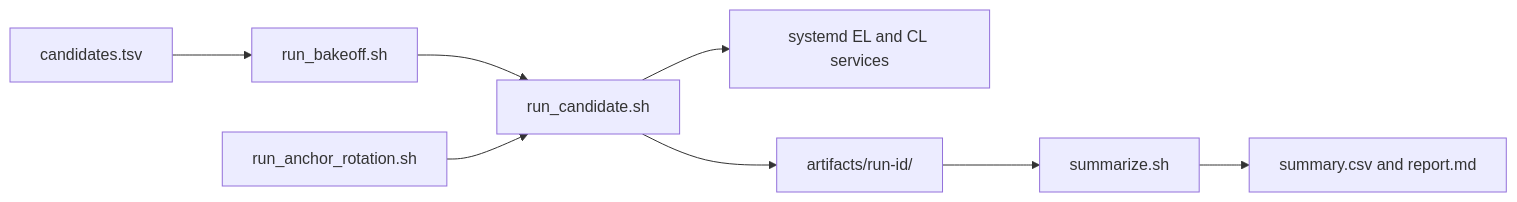
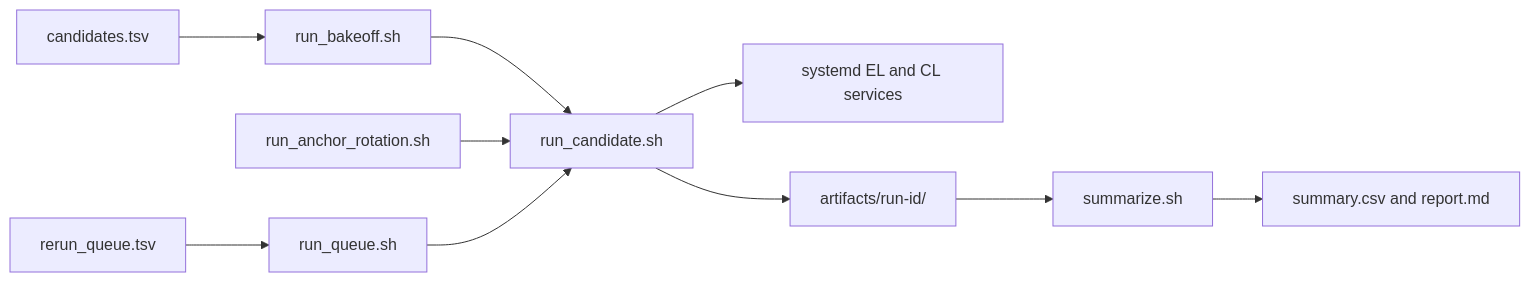
One commit to chimera-defi/eth2-quickstart changed the diagram in docs/CLIENT_BAKEOFF_HARNESS.md. Above: the diagram before and after it, drawn with Mermaid. The commit also changed other lines of this file and 14 other files, not shown here.

First line of the commit message:
Reconcile the bake-off corpus and fix the rerun queue (#219)

````diff
--- a/docs/CLIENT_BAKEOFF_HARNESS.md
+++ b/docs/CLIENT_BAKEOFF_HARNESS.md
@@ -39,10 +41,12 @@
 ```mermaid
 flowchart LR
     manifest[candidates.tsv] --> sweep[run_bakeoff.sh]
     sweep --> candidate[run_candidate.sh]
     rotation[run_anchor_rotation.sh] --> candidate
+    queue[rerun_queue.tsv] --> runqueue[run_queue.sh]
+    runqueue --> candidate
     candidate --> services[systemd EL and CL services]
     candidate --> artifacts[artifacts/run-id/]
     artifacts --> summary[summarize.sh]
     summary --> outputs[summary.csv and report.md]
 ```
````
